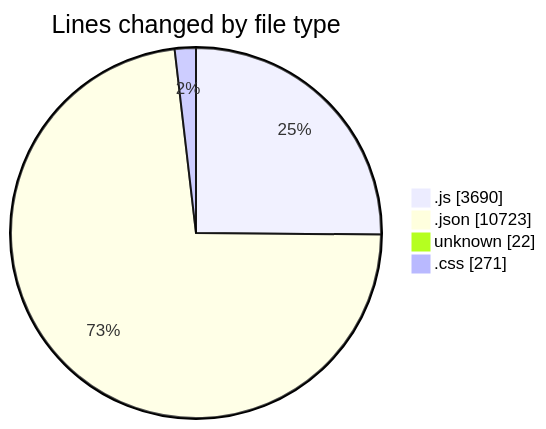
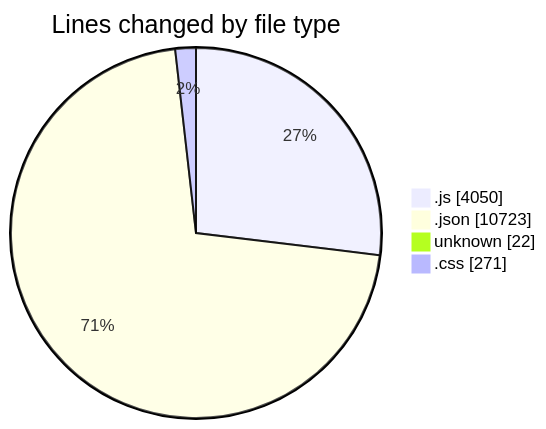
The first of 2 diagrams in 2025-01-11/good-pr/README.md (momahboobian/code-tracking), drawn with Mermaid before and after one commit. The commit also changed other lines of this file and 1 other file, not shown here.

````diff
--- a/2025-01-11/good-pr/README.md
+++ b/2025-01-11/good-pr/README.md
@@ -44,8 +45,8 @@
 ```mermaid
 pie showData
 title Lines changed by file type
-".js" : 3690
+".js" : 4050
 ".json" : 10723
 "unknown" : 22
 ".css" : 271
 ```
````
